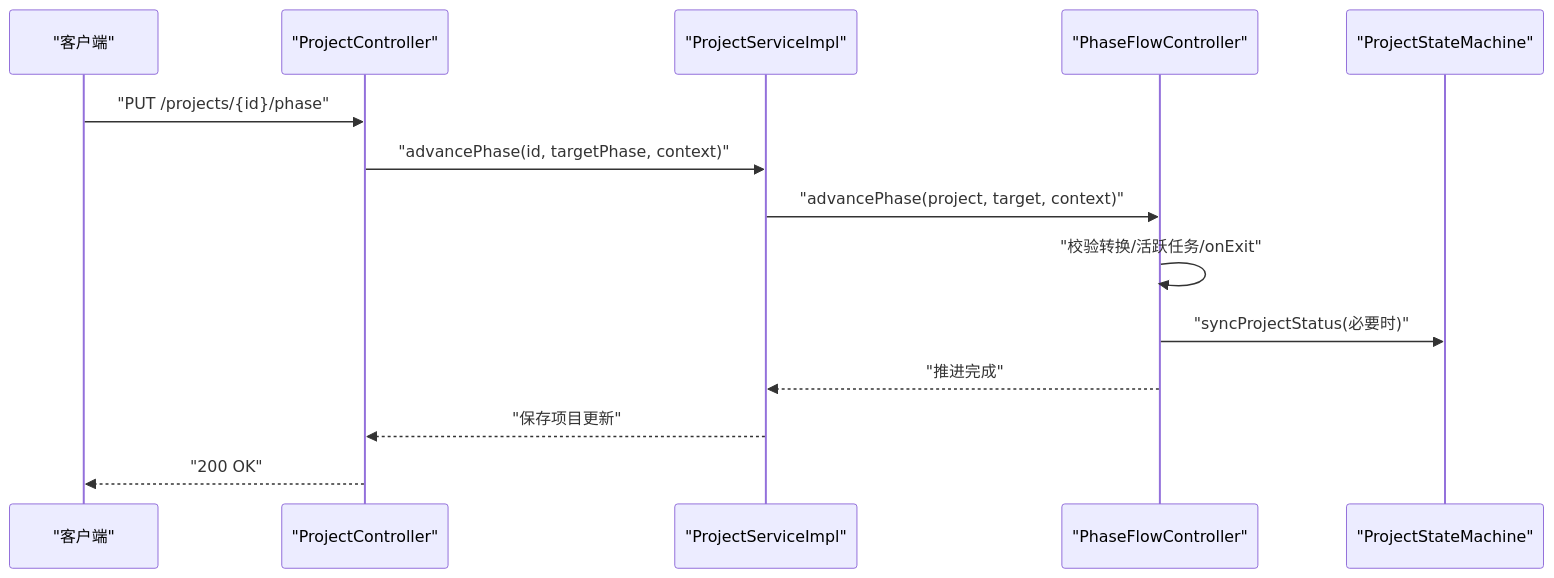
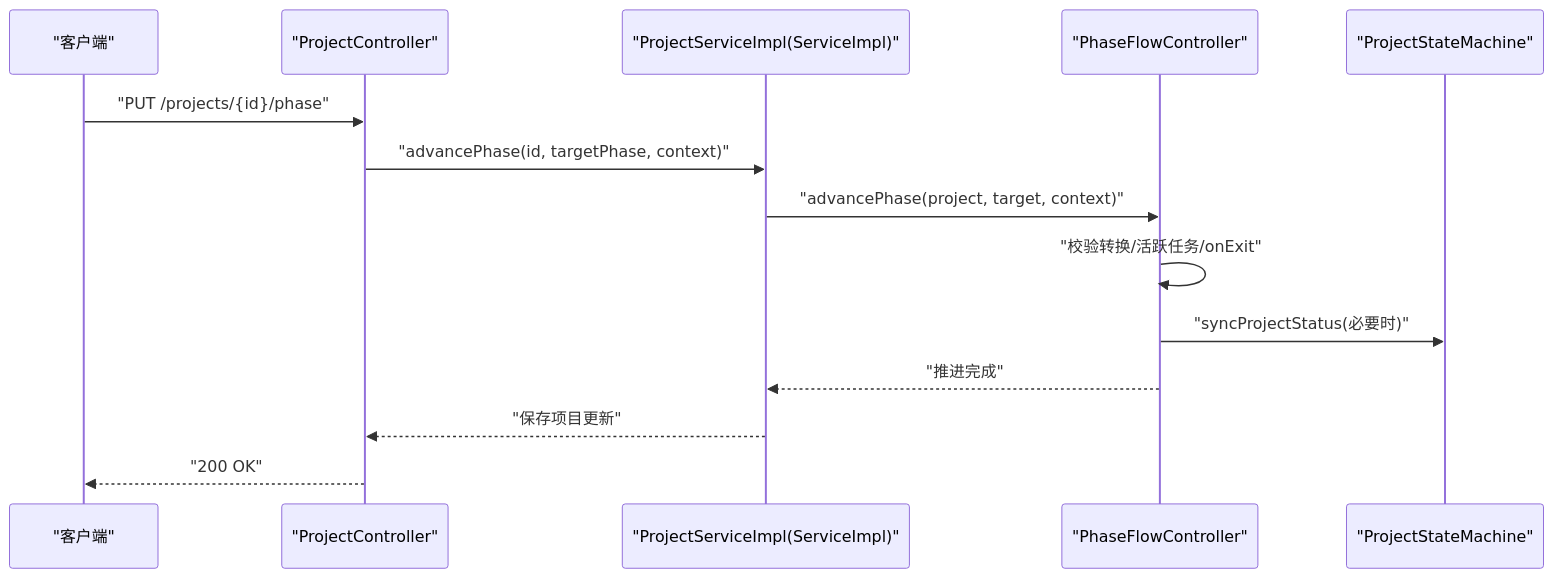
One commit to DrunkFood/First changed the sixth of 10 diagrams in .qoder/repowiki/zh/content/后端服务/核心业务服务 (ele-ai-tender-core)/核心业务服务 (ele-ai-tender-core).md. Above: the diagram before and after it, drawn with Mermaid. The commit also changed other lines of this file and 103 other files, not shown here.

````diff
--- a/.qoder/repowiki/zh/content/后端服务/核心业务服务 (ele-ai-tender-core)/核心业务服务 (ele-ai-tender-core).md
+++ b/.qoder/repowiki/zh/content/后端服务/核心业务服务 (ele-ai-tender-core)/核心业务服务 (ele-ai-tender-core).md
@@ -245,16 +314,16 @@
 ```mermaid
 sequenceDiagram
 participant C as "客户端"
 participant Ctrl as "ProjectController"
-participant Svc as "ProjectServiceImpl"
+participant Svc as "ProjectServiceImpl(ServiceImpl)"
 participant Flow as "PhaseFlowController"
 participant SM as "ProjectStateMachine"
 C->>Ctrl : "PUT /projects/{id}/phase"
 Ctrl->>Svc : "advancePhase(id, targetPhase, context)"
 Svc->>Flow : "advancePhase(project, target, context)"
 Flow->>Flow : "校验转换/活跃任务/onExit"
 Flow->>SM : "syncProjectStatus(必要时)"
 Flow-->>Svc : "推进完成"
 Svc-->>Ctrl : "保存项目更新"
 Ctrl-->>C : "200 OK"
 ```
````
